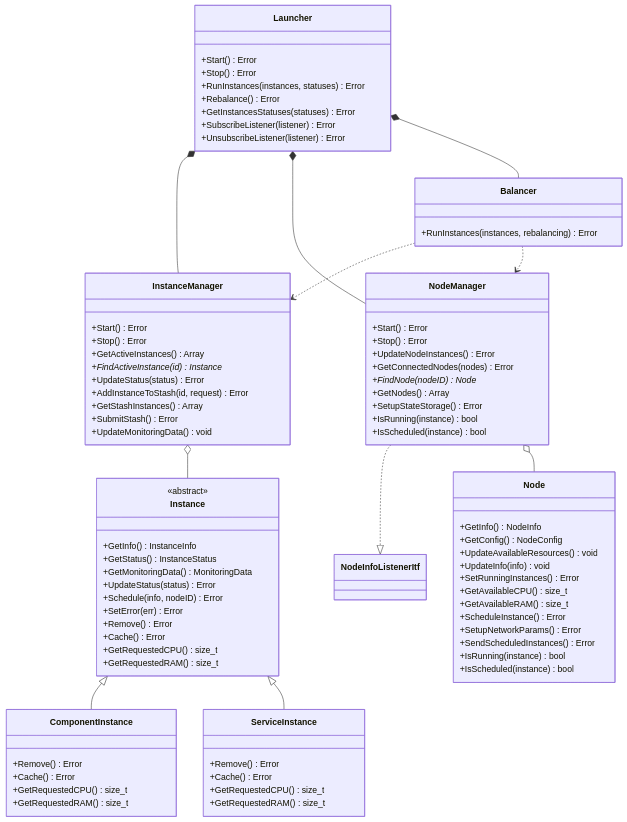
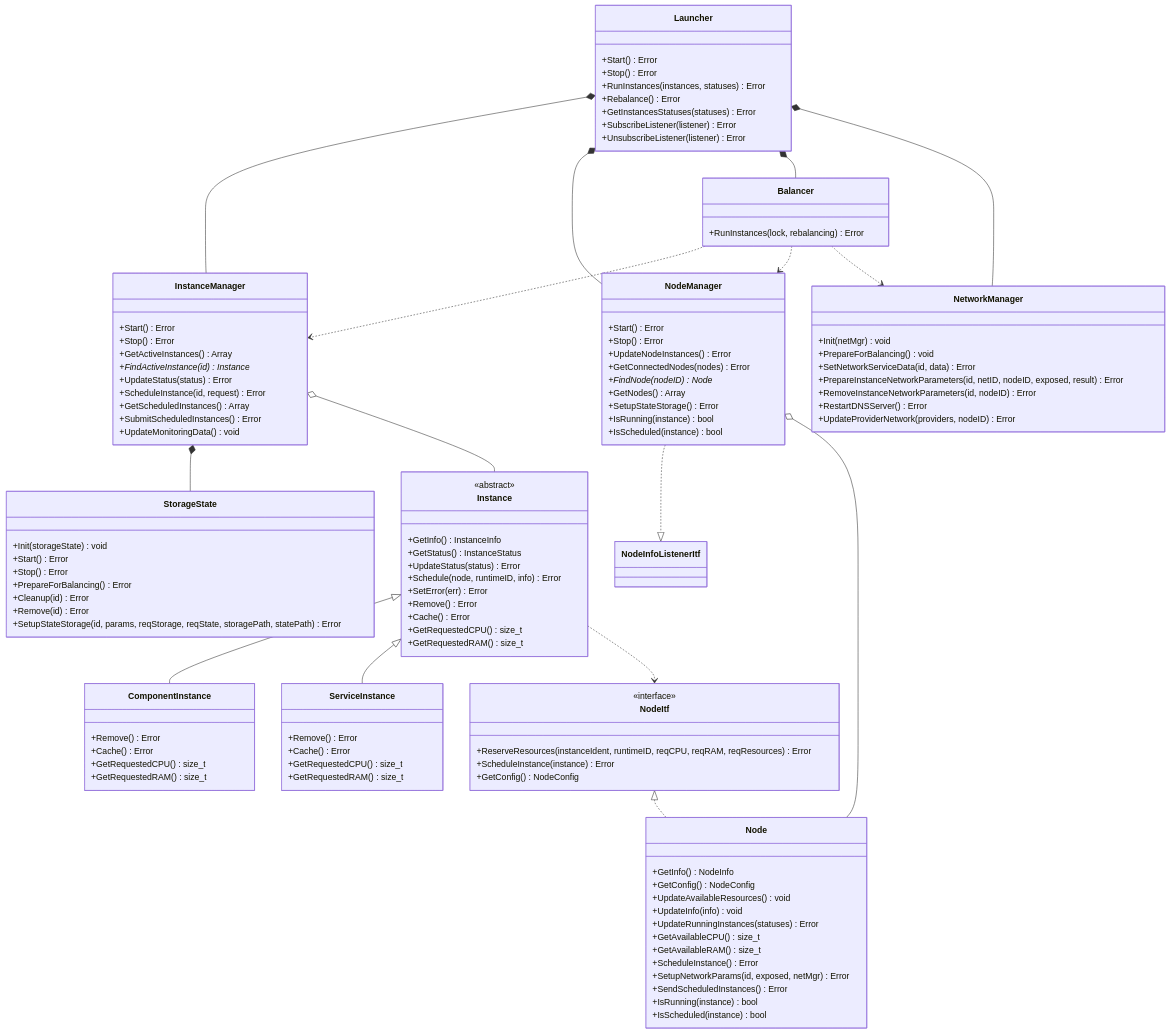
One commit to aosedge/aos_core_lib_cpp changed the fourth of 4 diagrams in src/core/cm/launcher/launcher.md. Above: the diagram before and after it, drawn with Mermaid. The commit also changed other lines of this file, not shown here.

Commit message:
cm: launcher: update documentation

````diff
--- a/src/core/cm/launcher/launcher.md
+++ b/src/core/cm/launcher/launcher.md
@@ -260,9 +260,9 @@
         +GetActiveInstances() Array
         +FindActiveInstance(id) Instance*
         +UpdateStatus(status) Error
-        +AddInstanceToStash(id, request) Error
-        +GetStashInstances() Array
-        +SubmitStash() Error
+        +ScheduleInstance(id, request) Error
+        +GetScheduledInstances() Array
+        +SubmitScheduledInstances() Error
         +UpdateMonitoringData() void
     }
 
@@ -279,15 +279,39 @@
     }
 
     class Balancer {
-        +RunInstances(instances, rebalancing) Error
+        +RunInstances(lock, rebalancing) Error
+    }
+
+    class NetworkManager {
+        +Init(netMgr) void
+        +PrepareForBalancing() void
+        +SetNetworkServiceData(id, data) Error
+        +PrepareInstanceNetworkParameters(id, netID, nodeID, exposed, result) Error
+        +RemoveInstanceNetworkParameters(id, nodeID) Error
+        +RestartDNSServer() Error
+        +UpdateProviderNetwork(providers, nodeID) Error
+    }
+
+    class StorageState {
+        +Init(storageState) void
+        +Start() Error
+        +Stop() Error
+        +PrepareForBalancing() Error
+        +Cleanup(id) Error
+        +Remove(id) Error
+        +SetupStateStorage(id, params, reqStorage, reqState, storagePath, statePath) Error
     }
 
     Launcher *-- InstanceManager
     Launcher *-- NodeManager
     Launcher *-- Balancer
+    Launcher *-- NetworkManager
+
+    InstanceManager *-- StorageState
 
     Balancer ..> InstanceManager
     Balancer ..> NodeManager
+    Balancer ..> NetworkManager
 
     NodeManager ..|> NodeInfoListenerItf
 
@@ -299,9 +323,8 @@
         <<abstract>>
         +GetInfo() InstanceInfo
         +GetStatus() InstanceStatus
-        +GetMonitoringData() MonitoringData
         +UpdateStatus(status) Error
-        +Schedule(info, nodeID) Error
+        +Schedule(node, runtimeID, info) Error
         +SetError(err) Error
         +Remove() Error
         +Cache() Error
@@ -323,16 +346,23 @@
         +GetRequestedRAM() size_t
     }
 
+    class NodeItf {
+        <<interface>>
+        +ReserveResources(instanceIdent, runtimeID, reqCPU, reqRAM, reqResources) Error
+        +ScheduleInstance(instance) Error
+        +GetConfig() NodeConfig
+    }
+
     class Node {
         +GetInfo() NodeInfo
         +GetConfig() NodeConfig
         +UpdateAvailableResources() void
         +UpdateInfo(info) void
-        +SetRunningInstances() Error
+        +UpdateRunningInstances(statuses) Error
         +GetAvailableCPU() size_t
         +GetAvailableRAM() size_t
         +ScheduleInstance() Error
-        +SetupNetworkParams() Error
+        +SetupNetworkParams(id, exposed, netMgr) Error
         +SendScheduledInstances() Error
         +IsRunning(instance) bool
         +IsScheduled(instance) bool
@@ -342,4 +372,6 @@
     Instance <|-- ServiceInstance
     InstanceManager o-- Instance
     NodeManager o-- Node
+    NodeItf <|.. Node
+    Instance ..> NodeItf
 ```
````
